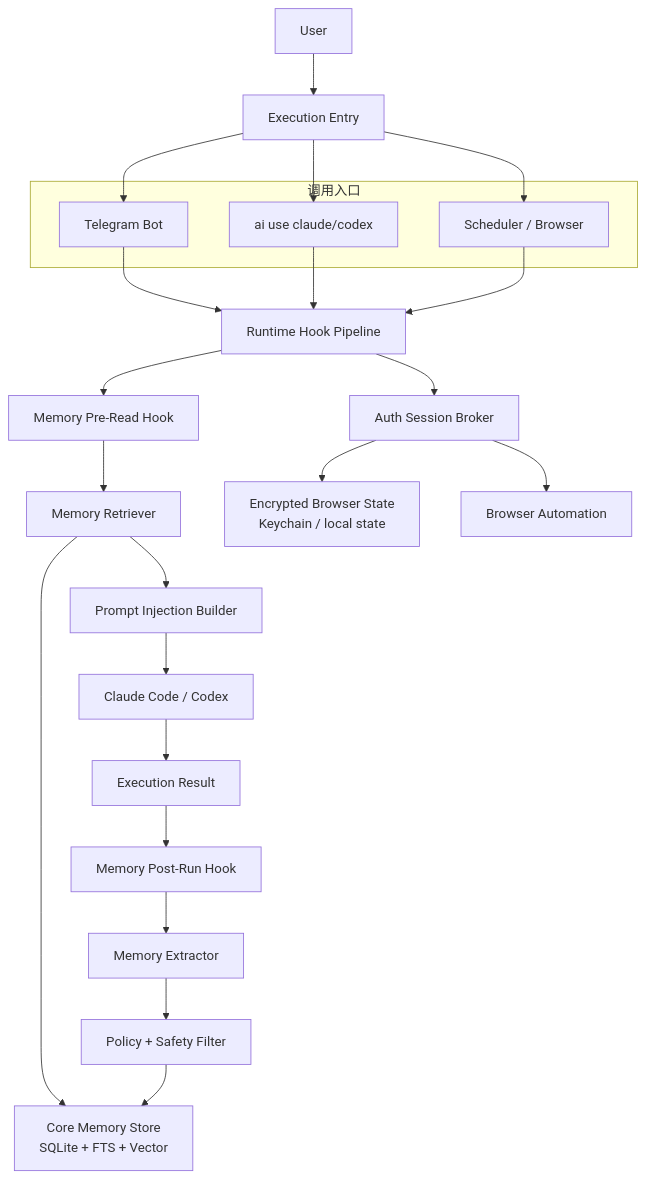
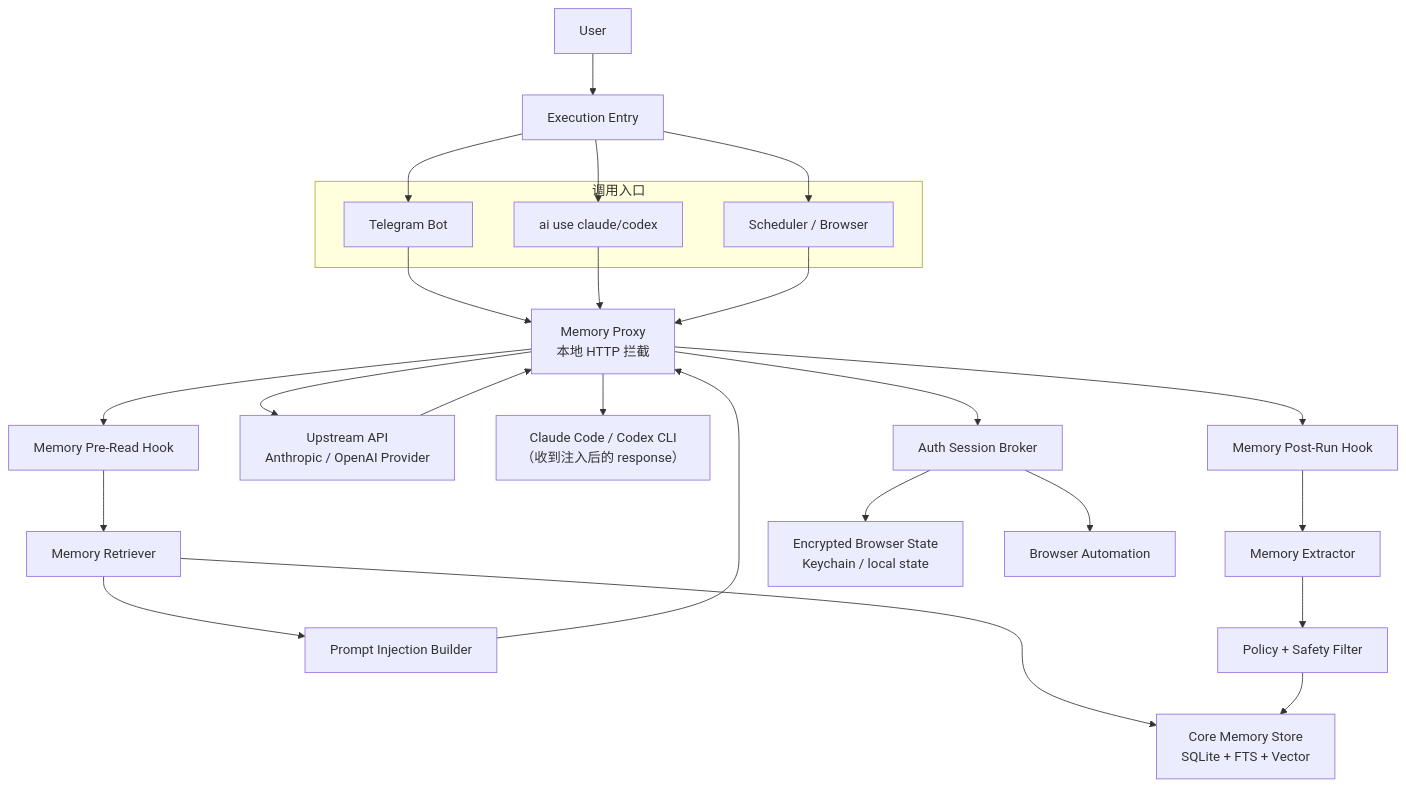
One commit to linlangli/AxiomRuntime changed the first of 6 diagrams in docs/memory-system-spec.md. Above: the diagram before and after it, drawn with Mermaid. The commit also changed other lines of this file, not shown here.

````diff
--- a/docs/memory-system-spec.md
+++ b/docs/memory-system-spec.md
@@ -85,35 +85,37 @@
 ```mermaid
 flowchart TD
   User["User"] --> Entry["Execution Entry"]
 
   subgraph Entries["调用入口"]
     Telegram["Telegram Bot"]
     CliUse["ai use claude/codex"]
     Future["Scheduler / Browser"]
   end
 
   Entry --> Telegram
   Entry --> CliUse
   Entry --> Future
 
-  Telegram --> RuntimeHook["Runtime Hook Pipeline"]
-  CliUse --> RuntimeHook
-  Future --> RuntimeHook
+  Telegram --> Proxy["Memory Proxy<br/>本地 HTTP 拦截"]
+  CliUse --> Proxy
+  Future --> Proxy
 
-  RuntimeHook --> PreRead["Memory Pre-Read Hook"]
+  Proxy --> PreRead["Memory Pre-Read Hook"]
   PreRead --> Retriever["Memory Retriever"]
   Retriever --> MemoryStore["Core Memory Store<br/>SQLite + FTS + Vector"]
   Retriever --> Injection["Prompt Injection Builder"]
 
-  Injection --> Engine["Claude Code / Codex"]
-  Engine --> Result["Execution Result"]
+  Injection --> Proxy
+  Proxy --> UpstreamAPI["Upstream API<br/>Anthropic / OpenAI Provider"]
+  UpstreamAPI --> Proxy
+  Proxy --> CLI["Claude Code / Codex CLI<br/>（收到注入后的 response）"]
 
-  Result --> PostWrite["Memory Post-Run Hook"]
+  Proxy --> PostWrite["Memory Post-Run Hook"]
   PostWrite --> Extractor["Memory Extractor"]
   Extractor --> Policy["Policy + Safety Filter"]
   Policy --> MemoryStore
 
-  RuntimeHook --> AuthBroker["Auth Session Broker"]
+  Proxy --> AuthBroker["Auth Session Broker"]
   AuthBroker --> BrowserState["Encrypted Browser State<br/>Keychain / local state"]
   AuthBroker --> BrowserTool["Browser Automation"]
 ```
````
